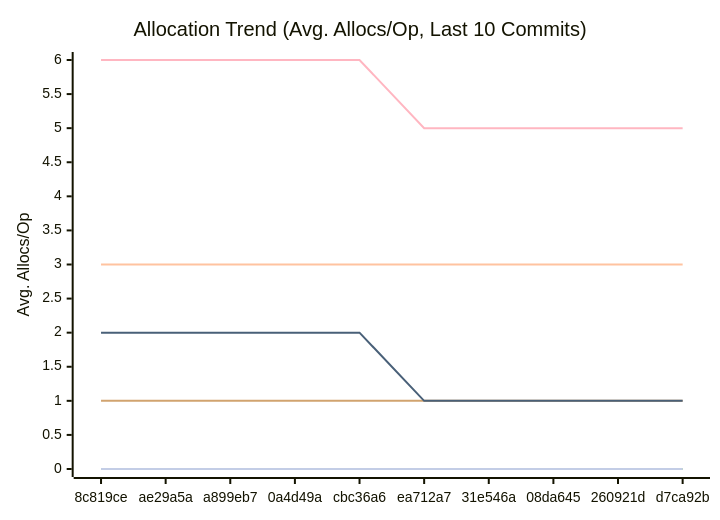
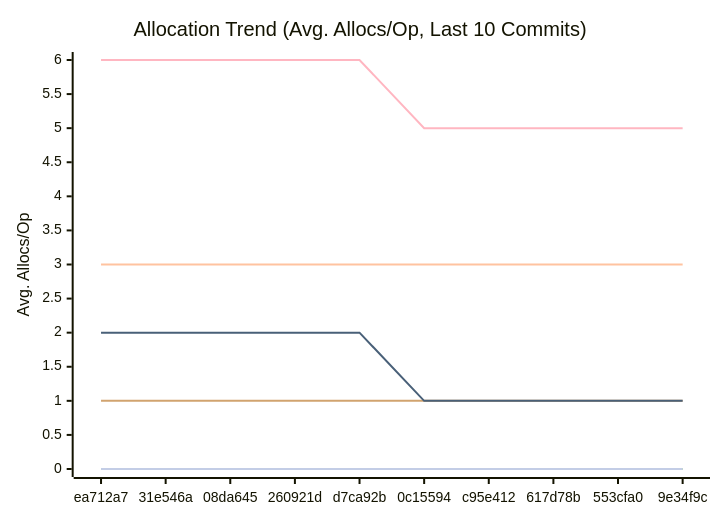
The third of 3 diagrams in docs/PERFORMANCE.md (alsotoes/momo), drawn with Mermaid before and after one commit. The commit also changed other lines of this file and 17 other files, not shown here.

````diff
--- a/docs/PERFORMANCE.md
+++ b/docs/PERFORMANCE.md
@@ -114,16 +114,16 @@
 ```mermaid
 xychart-beta
     title "Allocation Trend (Avg. Allocs/Op, Last 10 Commits)"
     x-axis "Commit"
     y-axis "Avg. Allocs/Op"
-    x-axis [8c819ce,ae29a5a,a899eb7,0a4d49a,cbc36a6,ea712a7,31e546a,08da645,260921d,d7ca92b]
+    x-axis [ea712a7,31e546a,08da645,260921d,d7ca92b,0c15594,c95e412,617d78b,553cfa0,9e34f9c]
     line "CheckMetricsAndSwap" [0,0,0,0,0,0,0,0,0,0]
     line "CrushOptimized" [0,0,0,0,0,0,0,0,0,0]
     line "CrushOriginal" [3,3,3,3,3,3,3,3,3,3]
     line "IndexDirectTracking" [0,0,0,0,0,0,0,0,0,0]
     line "IndexSearch" [0,0,0,0,0,0,0,0,0,0]
     line "LoadGlobalConfig" [1,1,1,1,1,1,1,1,1,1]
     line "PadString" [0,0,0,0,0,0,0,0,0,0]
     line "ParseReplicationOrder_NoPrealloc" [6,6,6,6,6,5,5,5,5,5]
     line "ParseReplicationOrder_Prealloc" [2,2,2,2,2,1,1,1,1,1]
 ```
````
